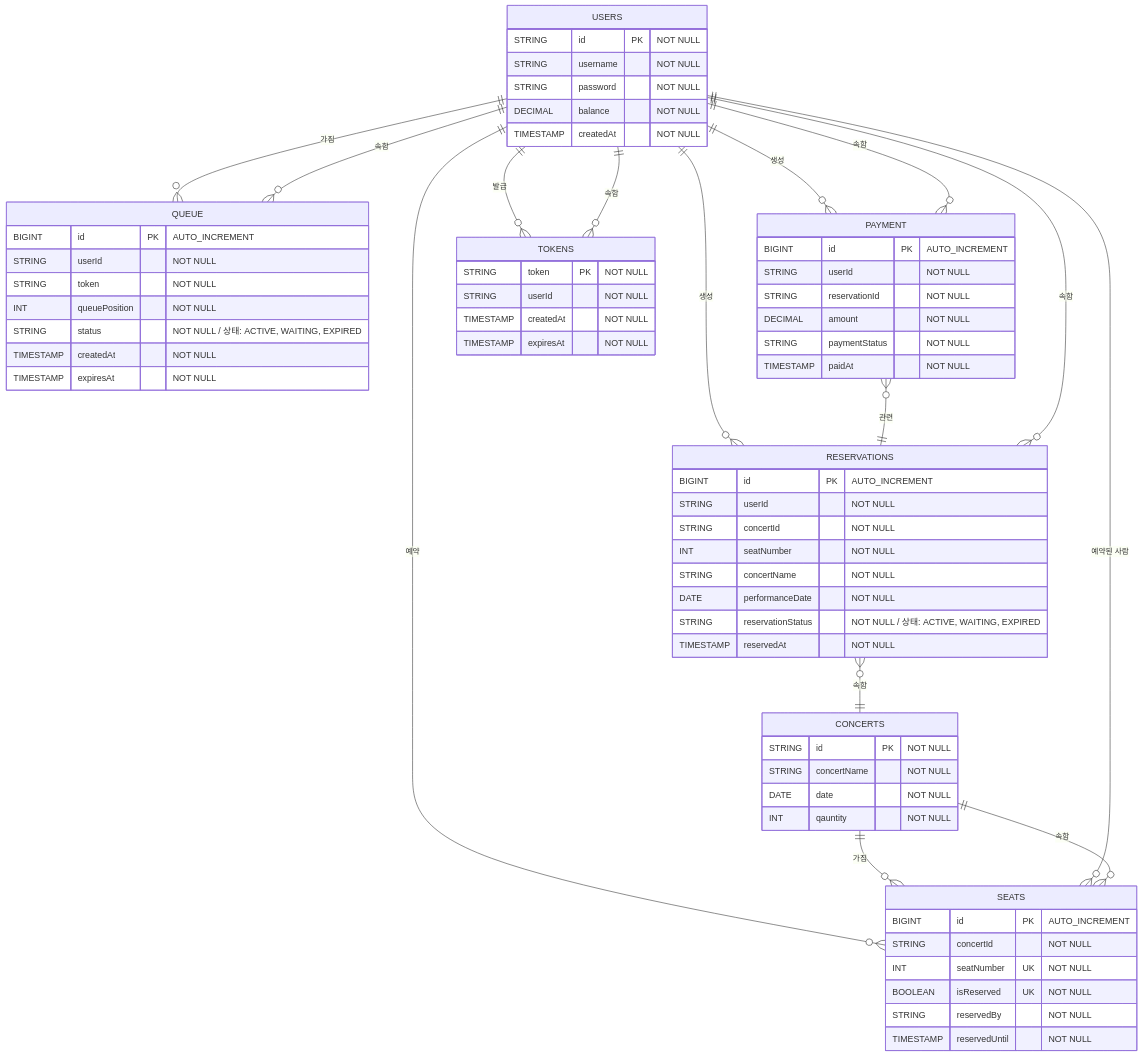
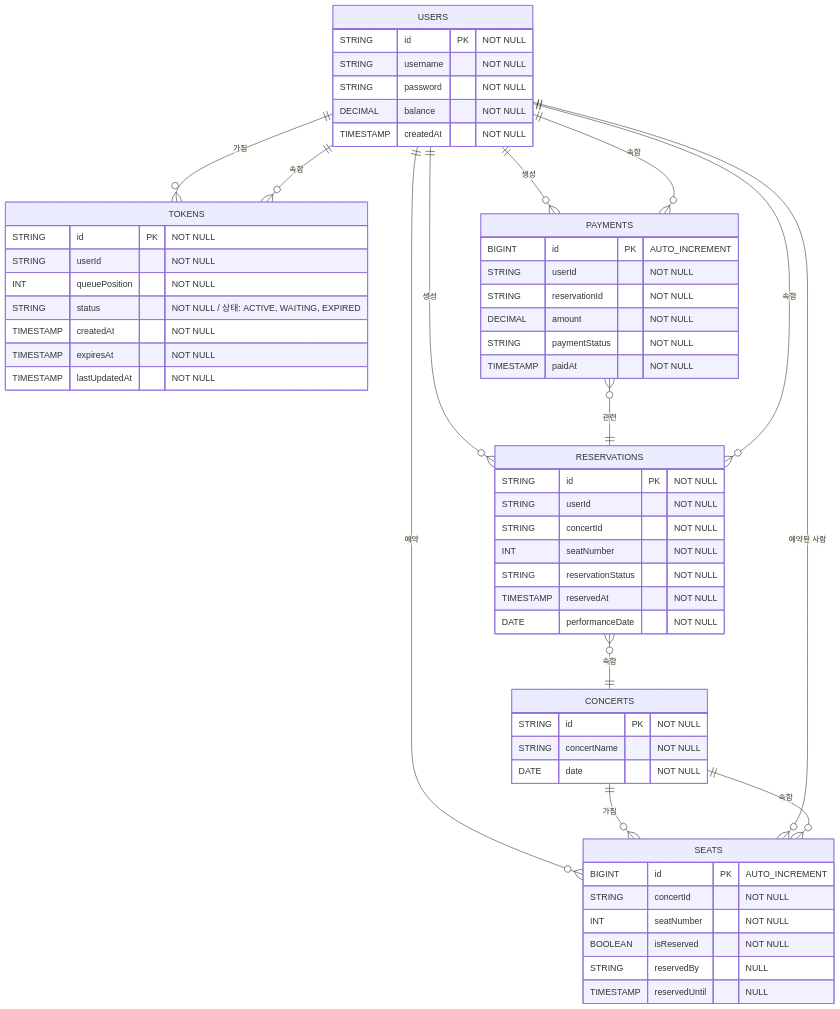
The ninth of 10 diagrams in README.md (ghwoo93/hhplus-concert-3week), drawn with Mermaid before and after one commit. The commit also changed other lines of this file, not shown here.

````diff
--- a/README.md
+++ b/README.md
@@ -455,79 +617,68 @@
 ```mermaid
 erDiagram
     USERS {
         STRING id PK "NOT NULL"
         STRING username "NOT NULL"
         STRING password "NOT NULL"
         DECIMAL balance "NOT NULL"
         TIMESTAMP createdAt "NOT NULL"
     }
 
     CONCERTS {
         STRING id PK "NOT NULL"
         STRING concertName "NOT NULL"
         DATE date "NOT NULL"
-        INT qauntity "NOT NULL"
     }
 
-    QUEUE {
-        BIGINT id PK "AUTO_INCREMENT"
+    TOKENS {
+        STRING id PK "NOT NULL"
         STRING userId "NOT NULL"
-        STRING token "NOT NULL"
         INT queuePosition "NOT NULL"
-        STRING status "NOT NULL / 상태: ACTIVE, WAITING, EXPIRED" 
+        STRING status "NOT NULL / 상태: ACTIVE, WAITING, EXPIRED"
         TIMESTAMP createdAt "NOT NULL"
         TIMESTAMP expiresAt "NOT NULL"
+        TIMESTAMP lastUpdatedAt "NOT NULL"
     }
 
     SEATS {
         BIGINT id PK "AUTO_INCREMENT"
         STRING concertId "NOT NULL"
-        INT seatNumber UK "NOT NULL"
-        BOOLEAN isReserved UK "NOT NULL"
-        STRING reservedBy "NOT NULL"
-        TIMESTAMP reservedUntil "NOT NULL"
+        INT seatNumber "NOT NULL"
+        BOOLEAN isReserved "NOT NULL"
+        STRING reservedBy "NULL"
+        TIMESTAMP reservedUntil "NULL"
     }
 
     RESERVATIONS {
-        BIGINT id PK "AUTO_INCREMENT"
+        STRING id PK "NOT NULL"
         STRING userId "NOT NULL"
         STRING concertId "NOT NULL"
         INT seatNumber "NOT NULL"
-        STRING concertName "NOT NULL"
+        STRING reservationStatus "NOT NULL"
+        TIMESTAMP reservedAt "NOT NULL"
         DATE performanceDate "NOT NULL"
-        STRING reservationStatus "NOT NULL / 상태: ACTIVE, WAITING, EXPIRED"
-        TIMESTAMP reservedAt "NOT NULL"
     }
 
-    PAYMENT {
+    PAYMENTS {
         BIGINT id PK "AUTO_INCREMENT"
         STRING userId "NOT NULL"
         STRING reservationId "NOT NULL"
         DECIMAL amount "NOT NULL"
         STRING paymentStatus "NOT NULL"
         TIMESTAMP paidAt "NOT NULL"
     }
 
-    TOKENS {
-        STRING token PK "NOT NULL"
-        STRING userId "NOT NULL"
-        TIMESTAMP createdAt "NOT NULL"
-        TIMESTAMP expiresAt "NOT NULL"
-    }
-
-    USERS ||--o{ QUEUE : "가짐"
+    USERS ||--o{ TOKENS : "가짐"
     USERS ||--o{ RESERVATIONS : "생성"
-    USERS ||--o{ PAYMENT : "생성"
+    USERS ||--o{ PAYMENTS : "생성"
     USERS ||--o{ SEATS : "예약"
-    USERS ||--o{ TOKENS : "발급"
 
     CONCERTS ||--o{ SEATS : "가짐"
-    QUEUE }o--|| USERS : "속함"
     TOKENS }o--|| USERS : "속함"
     SEATS }o--|| USERS : "예약된 사람"
     SEATS }o--|| CONCERTS : "속함"
     RESERVATIONS }o--|| USERS : "속함"
     RESERVATIONS }o--|| CONCERTS : "속함"
-    PAYMENT }o--|| USERS : "속함"
-    PAYMENT }o--|| RESERVATIONS : "관련"
+    PAYMENTS }o--|| USERS : "속함"
+    PAYMENTS }o--|| RESERVATIONS : "관련"
 ```
````
